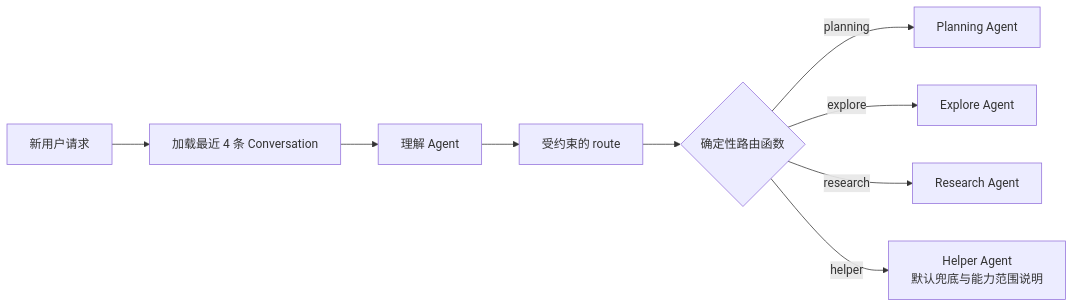
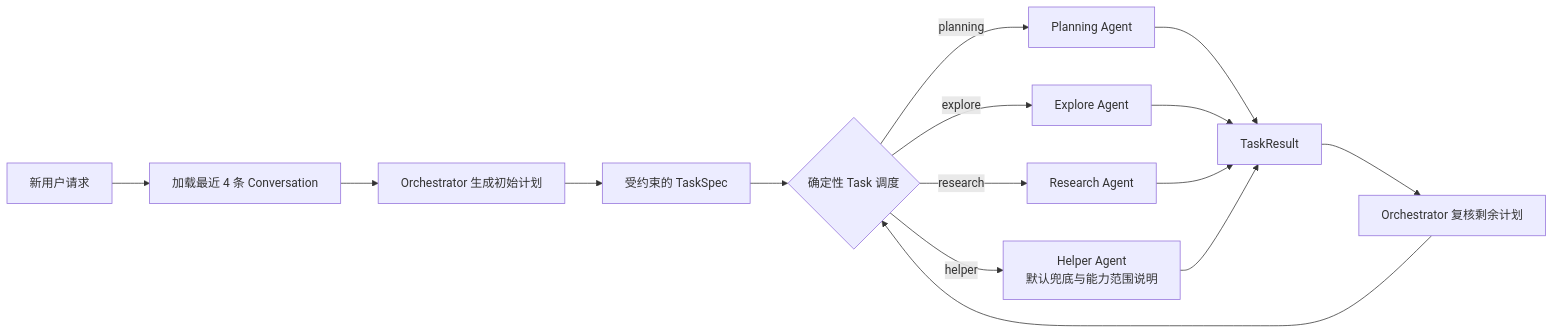
Before and after one commit to qinghuan136/tourism-agent: the diagram in docs/root-graph-guide.md, drawn with Mermaid. The commit also changed other lines of this file and 66 other files, not shown here.

````diff
--- a/docs/root-graph-guide.md
+++ b/docs/root-graph-guide.md
@@ -11,11 +12,17 @@
 ```mermaid
 flowchart LR
     INPUT["新用户请求"] --> LOAD["加载最近 4 条 Conversation"]
-    LOAD --> UNDERSTAND["理解 Agent"]
-    UNDERSTAND --> ROUTE["受约束的 route"]
-    ROUTE --> DECIDE{"确定性路由函数"}
+    LOAD --> UNDERSTAND["Orchestrator 生成初始计划"]
+    UNDERSTAND --> ROUTE["受约束的 TaskSpec"]
+    ROUTE --> DECIDE{"确定性 Task 调度"}
     DECIDE -->|planning| PLAN["Planning Agent"]
     DECIDE -->|explore| EXPLORE["Explore Agent"]
     DECIDE -->|research| RESEARCH["Research Agent"]
     DECIDE -->|helper| HELPER["Helper Agent\n默认兜底与能力范围说明"]
+    PLAN --> RESULT["TaskResult"]
+    EXPLORE --> RESULT
+    RESEARCH --> RESULT
+    HELPER --> RESULT
+    RESULT --> REVIEW["Orchestrator 复核剩余计划"]
+    REVIEW --> DECIDE
 ```
````
